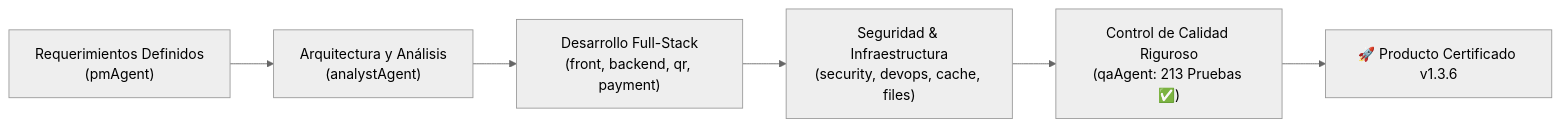
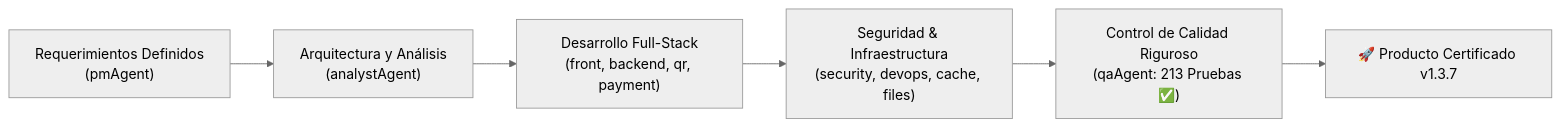
One commit to paolapaz202504/QRgenerator changed the diagram in PROJECT_STATUS_QRGENERATOR.md. Above: the diagram before and after it, drawn with Mermaid (neutral theme). The commit also changed other lines of this file and 11 other files, not shown here.

````diff
--- a/PROJECT_STATUS_QRGENERATOR.md
+++ b/PROJECT_STATUS_QRGENERATOR.md
@@ -12,8 +12,8 @@
 ```mermaid
 flowchart LR
     A["Requerimientos Definidos\n(pmAgent)"] --> B["Arquitectura y Análisis\n(analystAgent)"]
     B --> C["Desarrollo Full-Stack\n(front, backend, qr, payment)"]
     C --> D["Seguridad & Infraestructura\n(security, devops, cache, files)"]
     D --> E["Control de Calidad Riguroso\n(qaAgent: 213 Pruebas ✅)"]
-    E --> F["🚀 Producto Certificado v1.3.6"]
+    E --> F["🚀 Producto Certificado v1.3.7"]
 ```
````
